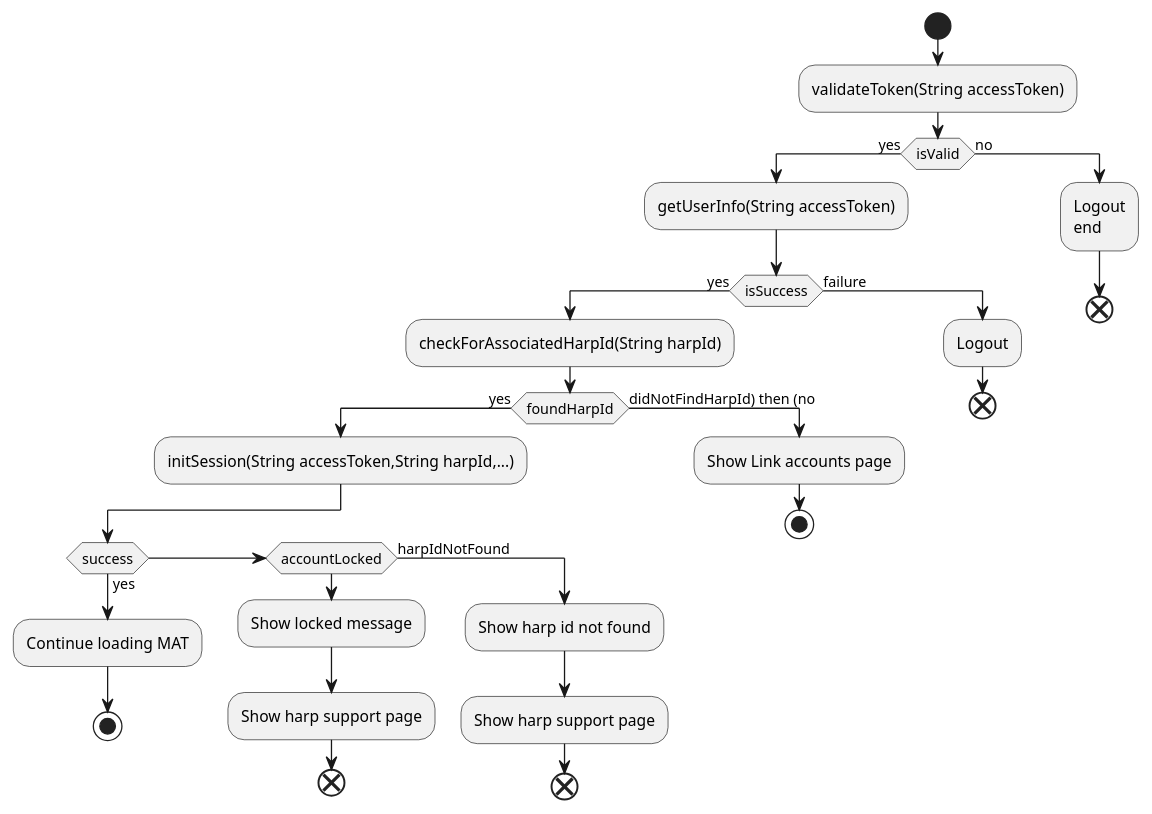
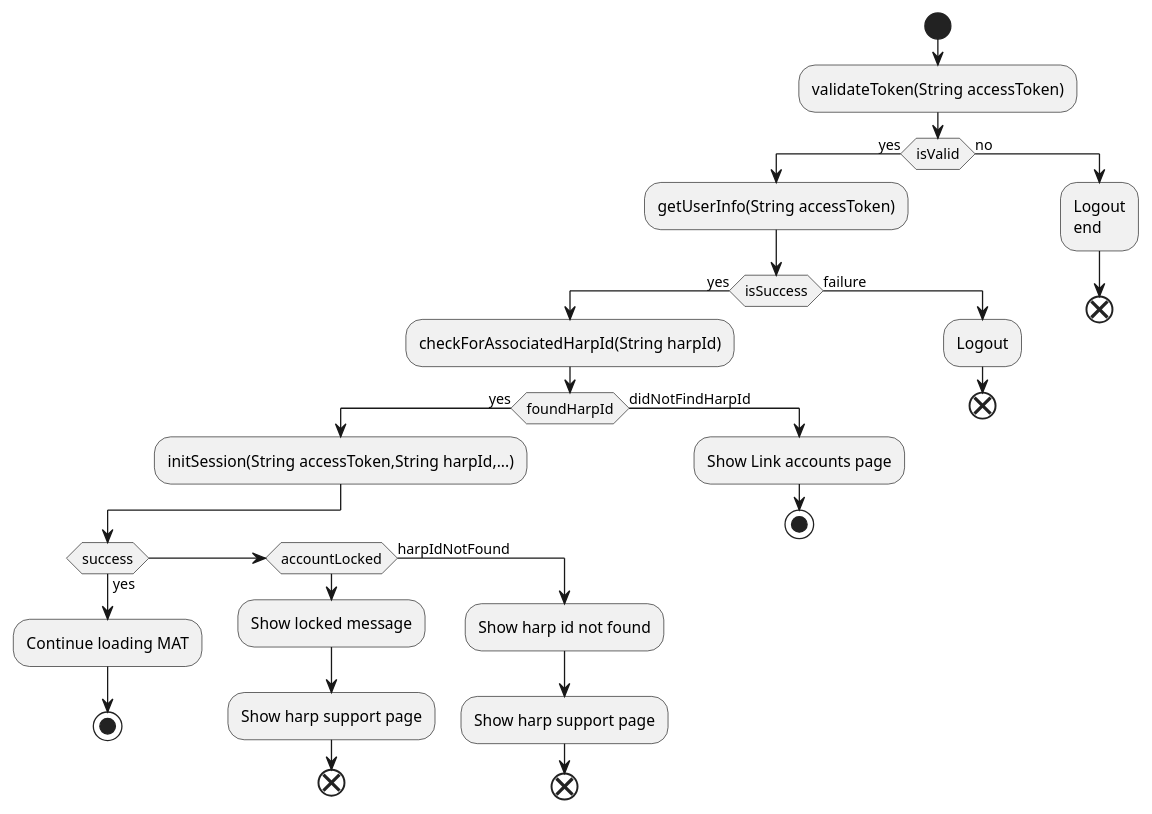
Before and after one commit to MeasureAuthoringTool/MeasureAuthoringTool: the diagram in uml/HarpIntegration/OldHarpLoginFlow.puml, drawn with PlantUML.

Commit message:
MAT-1987 Fixed bug in uml model.

```diff
--- a/uml/HarpIntegration/OldHarpLoginFlow.puml
+++ b/uml/HarpIntegration/OldHarpLoginFlow.puml
@@ -1,34 +1,34 @@
 @startuml
 start
 :validateToken(String accessToken);
 if (isValid) then (yes)
   :getUserInfo(String accessToken);
   if (isSuccess) then (yes)
     :checkForAssociatedHarpId(String harpId);
     if (foundHarpId) then (yes)
        :initSession(String accessToken,String harpId,...);
        if (success) then (yes)
           :Continue loading MAT;
           stop;
        elseif (accountLocked)
           :Show locked message;
           :Show harp support page;
           end;
        else (harpIdNotFound)
          :Show harp id not found;
          :Show harp support page;
          end;
        endif
-    else (didNotFindHarpId) then (no)
+    else (didNotFindHarpId)
        :Show Link accounts page;
        stop
     endif
   else (failure)
     :Logout;
     end;
   endif
 else (no)
     :Logout
     end;
 end;
 @enduml
```
